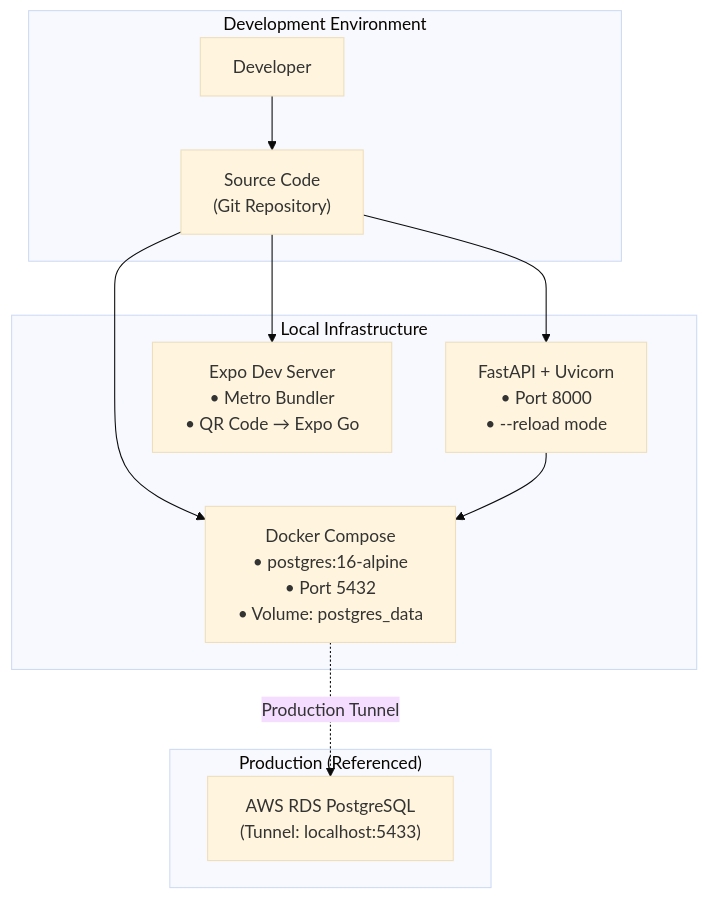
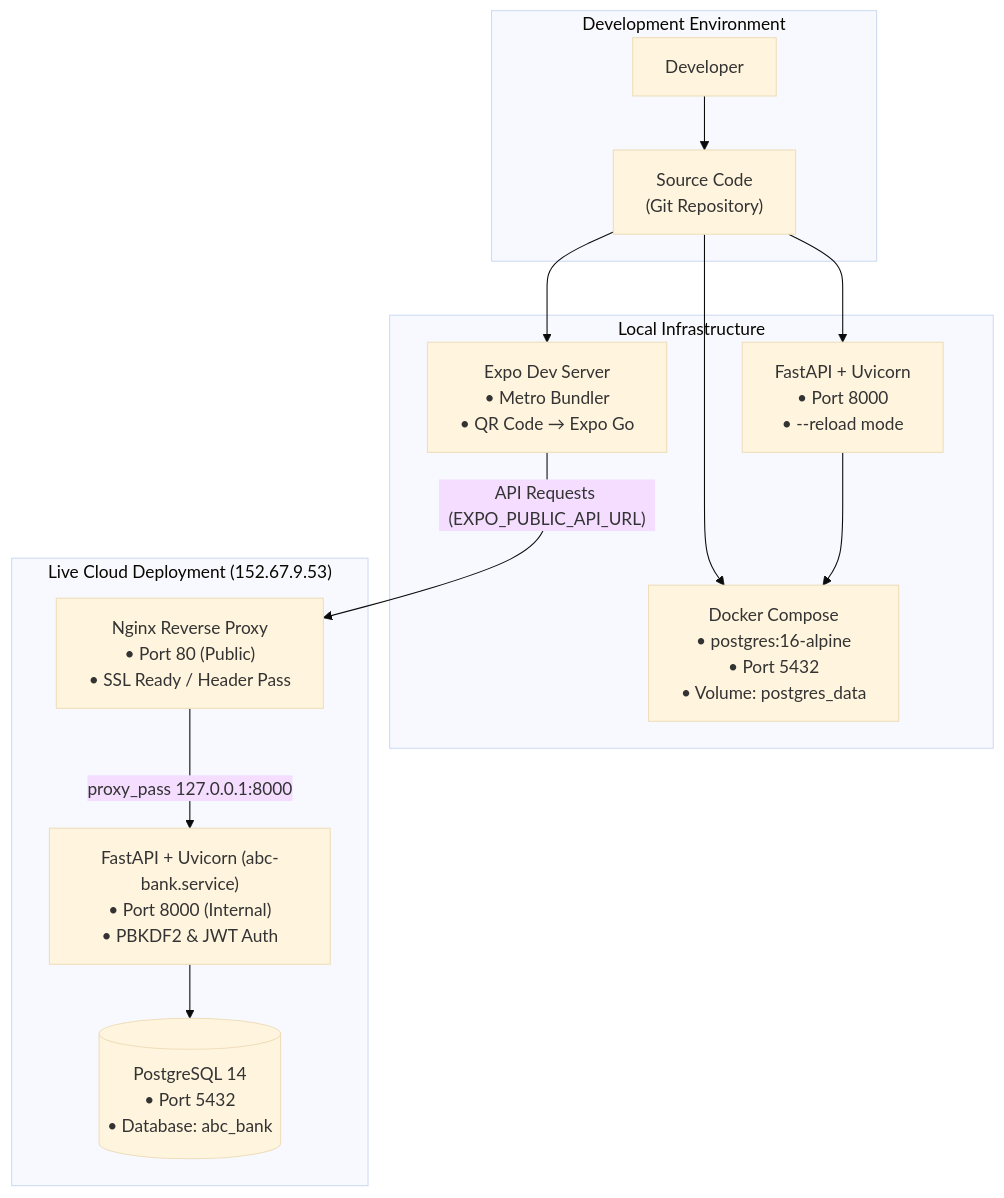
One commit to Neutron-0/ABC-Bank changed diagram 40 of 41 in README.md. Above: the diagram before and after it, drawn with Mermaid (base theme). The commit also changed other lines of this file, not shown here.

Commit message:
docs: update deployment architecture and configuration reference for live cloud backend at 152.67.9.53

````diff
--- a/README.md
+++ b/README.md
@@ -2564,24 +2564,28 @@
 ```mermaid
 flowchart TD
   subgraph DevEnv["Development Environment"]
     Dev2["Developer"]
     Code["Source Code\n(Git Repository)"]
   end
 
   subgraph LocalInfra["Local Infrastructure"]
     DockerDB["Docker Compose\n• postgres:16-alpine\n• Port 5432\n• Volume: postgres_data"]
     FastAPILocal["FastAPI + Uvicorn\n• Port 8000\n• --reload mode"]
     ExpoLocal["Expo Dev Server\n• Metro Bundler\n• QR Code → Expo Go"]
   end
 
-  subgraph ProductionRef["Production (Referenced)"]
-    RDSTunnel["AWS RDS PostgreSQL\n(Tunnel: localhost:5433)"]
+  subgraph CloudInfra["Live Cloud Deployment (152.67.9.53)"]
+    NginxCloud["Nginx Reverse Proxy\n• Port 80 (Public)\n• SSL Ready / Header Pass"]
+    FastAPICloud["FastAPI + Uvicorn (abc-bank.service)\n• Port 8000 (Internal)\n• PBKDF2 & JWT Auth"]
+    PostgresCloud[("PostgreSQL 14\n• Port 5432\n• Database: abc_bank")]
   end
 
   Dev2 --> Code
   Code --> DockerDB
   Code --> FastAPILocal
   Code --> ExpoLocal
   FastAPILocal --> DockerDB
-  DockerDB -.->|"Production Tunnel"| RDSTunnel
+  ExpoLocal -->|"API Requests (EXPO_PUBLIC_API_URL)"| NginxCloud
+  NginxCloud -->|"proxy_pass 127.0.0.1:8000"| FastAPICloud
+  FastAPICloud --> PostgresCloud
 ```
````
